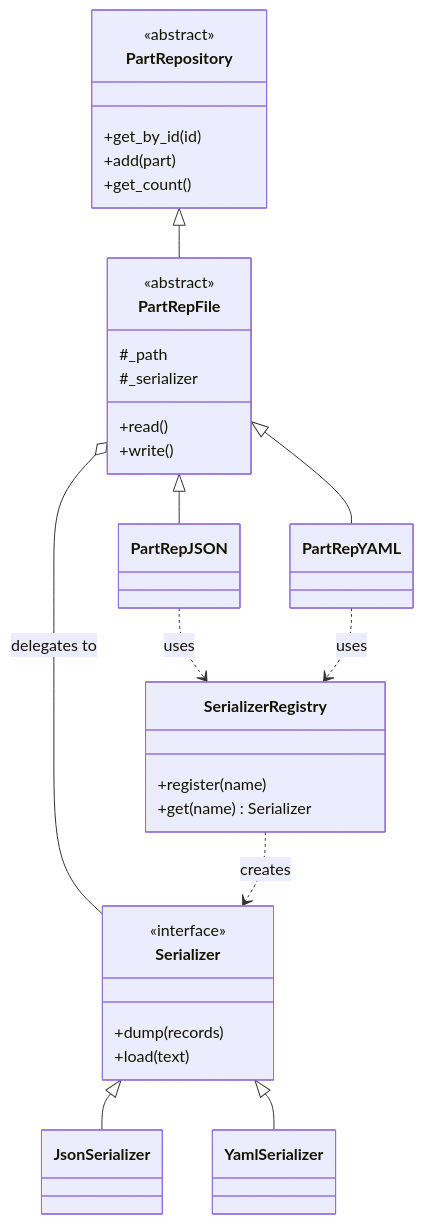
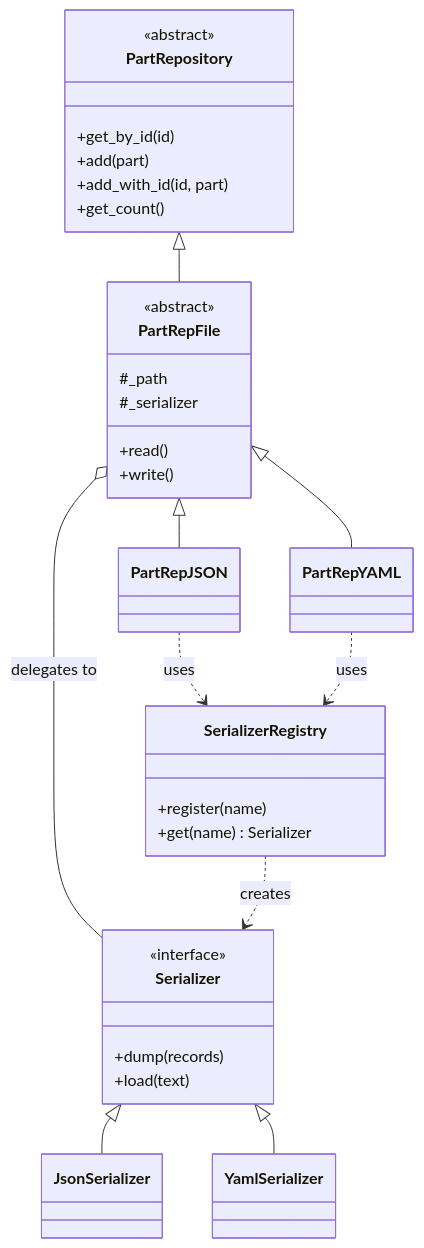
Before and after one commit to timxx21/lab2a: the fourth of 7 diagrams in README.md, drawn with Mermaid. The commit also changed other lines of this file, not shown here.

````diff
--- a/README.md
+++ b/README.md
@@ -216,38 +229,39 @@
 ```mermaid
 classDiagram
     class PartRepository {
         <<abstract>>
         +get_by_id(id)
         +add(part)
+        +add_with_id(id, part)
         +get_count()
     }
     class PartRepFile {
         <<abstract>>
         #_path
         #_serializer
         +read()
         +write()
     }
     class PartRepJSON
     class PartRepYAML
     class Serializer {
         <<interface>>
         +dump(records)
         +load(text)
     }
     class JsonSerializer
     class YamlSerializer
     class SerializerRegistry {
         +register(name)
         +get(name) Serializer
     }
     PartRepository <|-- PartRepFile
     PartRepFile <|-- PartRepJSON
     PartRepFile <|-- PartRepYAML
     PartRepFile o-- Serializer : delegates to
     Serializer <|-- JsonSerializer
     Serializer <|-- YamlSerializer
     SerializerRegistry ..> Serializer : creates
     PartRepJSON ..> SerializerRegistry : uses
     PartRepYAML ..> SerializerRegistry : uses
 ```
````
